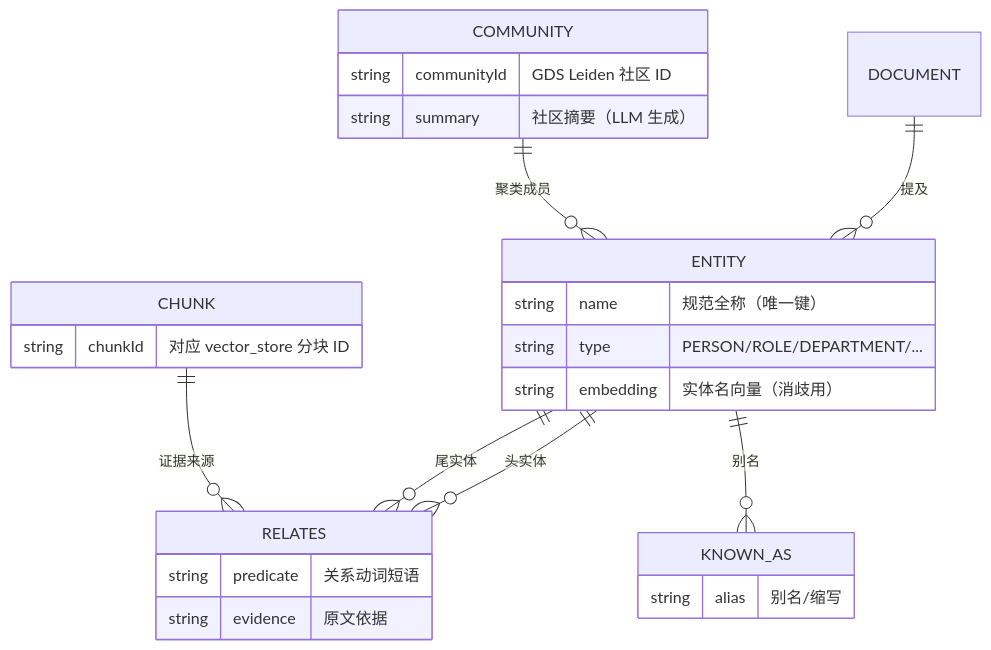
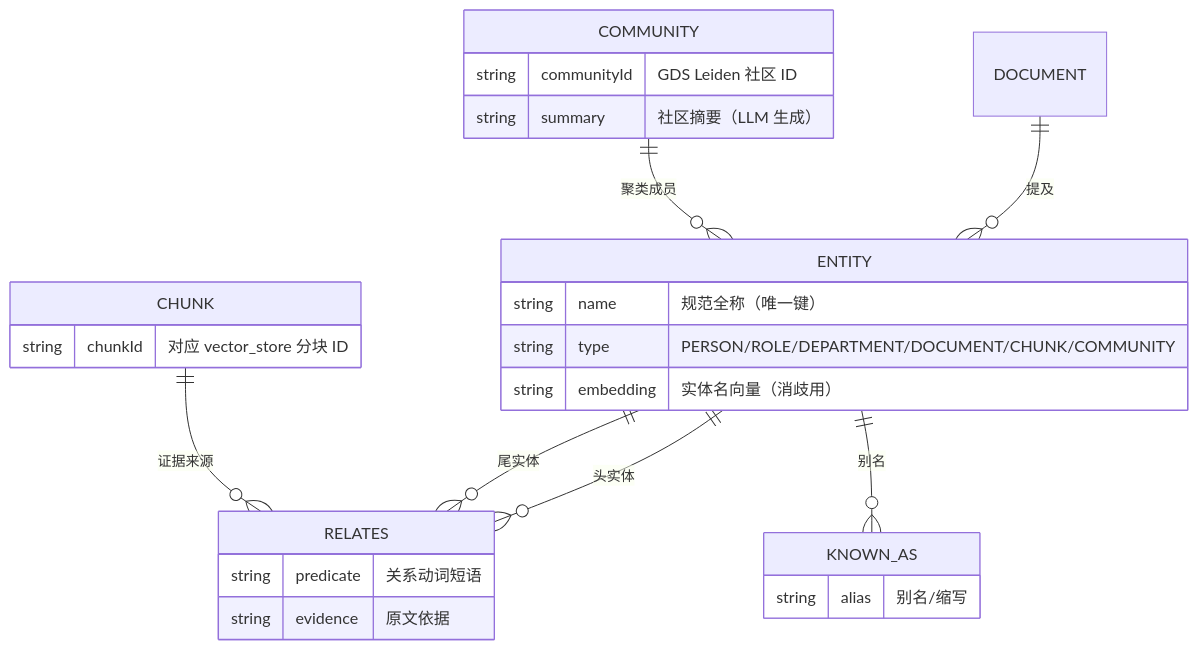
One commit to UranusGit/java-agent-learn changed the second of 5 diagrams in docs/项目/01-智能文档助手/05-GraphRAG知识图谱深化.md. Above: the diagram before and after it, drawn with Mermaid. The commit also changed 9 other files, not shown here.

````diff
--- a/docs/项目/01-智能文档助手/05-GraphRAG知识图谱深化.md
+++ b/docs/项目/01-智能文档助手/05-GraphRAG知识图谱深化.md
@@ -206,29 +206,29 @@
 ```mermaid
 erDiagram
     ENTITY ||--o{ RELATES : "头实体"
     ENTITY ||--o{ RELATES : "尾实体"
     ENTITY ||--o{ KNOWN_AS : "别名"
     DOCUMENT ||--o{ ENTITY : "提及"
     CHUNK ||--o{ RELATES : "证据来源"
     COMMUNITY ||--o{ ENTITY : "聚类成员"
 
     ENTITY {
         string name "规范全称（唯一键）"
-        string type "PERSON/ROLE/DEPARTMENT/..."
+        string type "PERSON/ROLE/DEPARTMENT/DOCUMENT/CHUNK/COMMUNITY"
         string embedding "实体名向量（消歧用）"
     }
     RELATES {
         string predicate "关系动词短语"
         string evidence "原文依据"
     }
     KNOWN_AS {
         string alias "别名/缩写"
     }
     CHUNK {
         string chunkId "对应 vector_store 分块 ID"
     }
     COMMUNITY {
         string communityId "GDS Leiden 社区 ID"
         string summary "社区摘要（LLM 生成）"
     }
 ```
````
